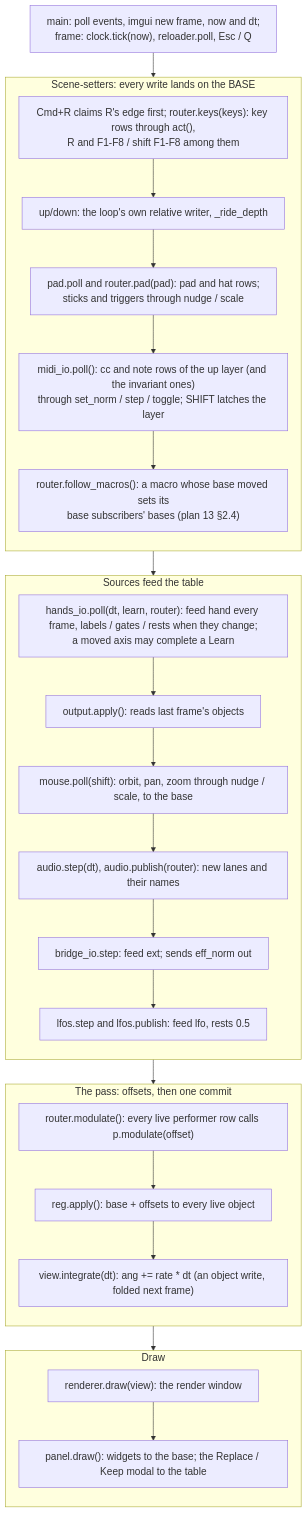
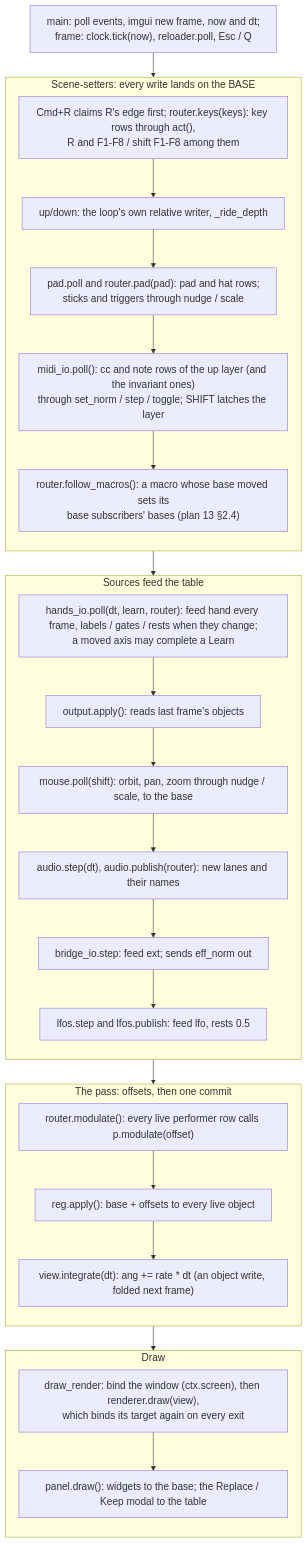
Before and after one commit to Cutaiar/hyperspace: the diagram in hyperspace-python/docs/ARCHITECTURE.md, drawn with Mermaid. The commit also changed other lines of this file and 5 other files, not shown here.

First line of the commit message:
Docs: the opaque window, the freeze and its fix, the stall log, the dream extra

````diff
--- a/hyperspace-python/docs/ARCHITECTURE.md
+++ b/hyperspace-python/docs/ARCHITECTURE.md
@@ -70,41 +70,41 @@
 ```mermaid
 %%{init: {"themeVariables": {"fontSize": "18px"}, "flowchart": {"nodeSpacing": 28, "rankSpacing": 44, "wrappingWidth": 420}}}%%
 flowchart TB
     S0["main: poll events, imgui new frame, now and dt;<br/>frame: clock.tick(now), reloader.poll, Esc / Q"]
     subgraph setters ["Scene-setters: every write lands on the BASE"]
         direction TB
         S1["Cmd+R claims R's edge first; router.keys(keys): key rows through act(),<br/>R and F1-F8 / shift F1-F8 among them"]
         S2["up/down: the loop's own relative writer, _ride_depth"]
         S3["pad.poll and router.pad(pad): pad and hat rows;<br/>sticks and triggers through nudge / scale"]
         S4["midi_io.poll(): cc and note rows of the up layer (and the invariant ones)<br/>through set_norm / step / toggle; SHIFT latches the layer"]
         S4b["router.follow_macros(): a macro whose base moved sets its<br/>base subscribers' bases (plan 13 §2.4)"]
         S1 --> S2 --> S3 --> S4 --> S4b
     end
     subgraph feeds ["Sources feed the table"]
         direction TB
         S5["hands_io.poll(dt, learn, router): feed hand every frame, labels / gates / rests when they change;<br/>a moved axis may complete a Learn"]
         S6["output.apply(): reads last frame's objects"]
         S7["mouse.poll(shift): orbit, pan, zoom through nudge / scale, to the base"]
         S8["audio.step(dt), audio.publish(router): new lanes and their names"]
         S9["bridge_io.step: feed ext; sends eff_norm out"]
         S10["lfos.step and lfos.publish: feed lfo, rests 0.5"]
         S5 --> S6 --> S7 --> S8 --> S9 --> S10
     end
     subgraph pass ["The pass: offsets, then one commit"]
         direction TB
         S11["router.modulate(): every live performer row calls p.modulate(offset)"]
         S12["reg.apply(): base + offsets to every live object"]
         S13["view.integrate(dt): ang += rate * dt (an object write, folded next frame)"]
         S11 --> S12 --> S13
     end
     subgraph draw ["Draw"]
         direction TB
-        S14["renderer.draw(view): the render window"]
+        S14["draw_render: bind the window (ctx.screen), then renderer.draw(view),<br/>which binds its target again on every exit"]
         S15["panel.draw(): widgets to the base; the Replace / Keep modal to the table"]
         S14 --> S15
     end
     S0 --> S1
     S4b --> S5
     S10 --> S11
     S13 --> S14
 ```
````
